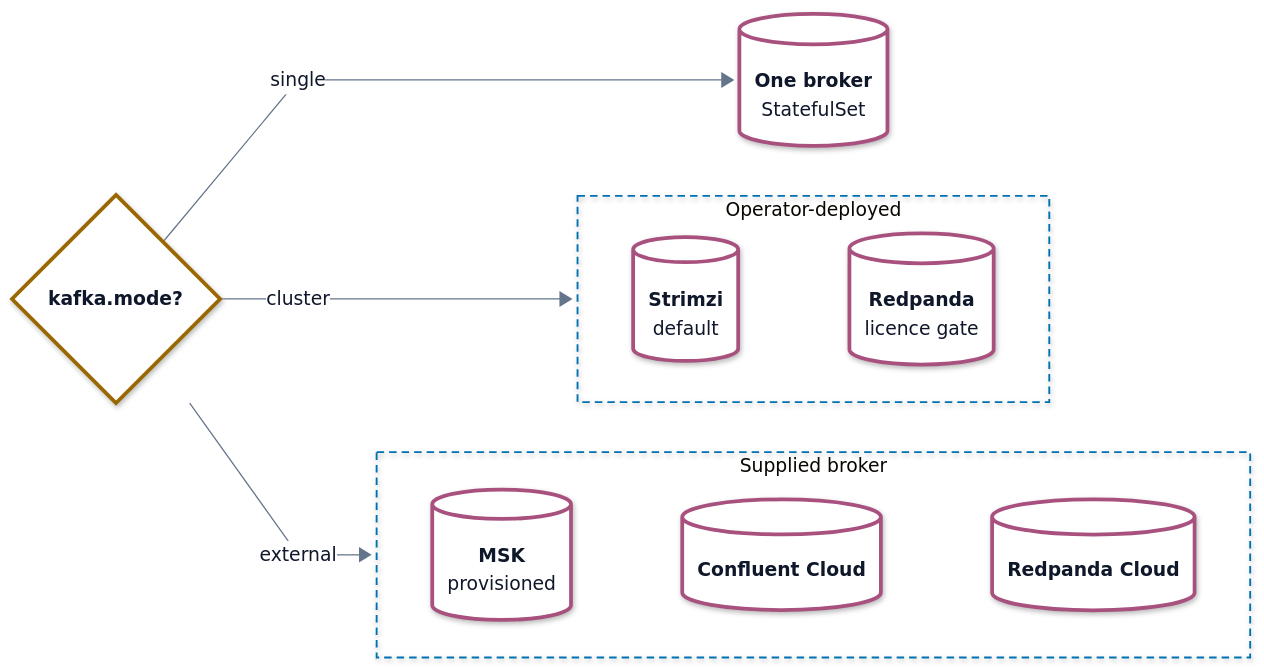
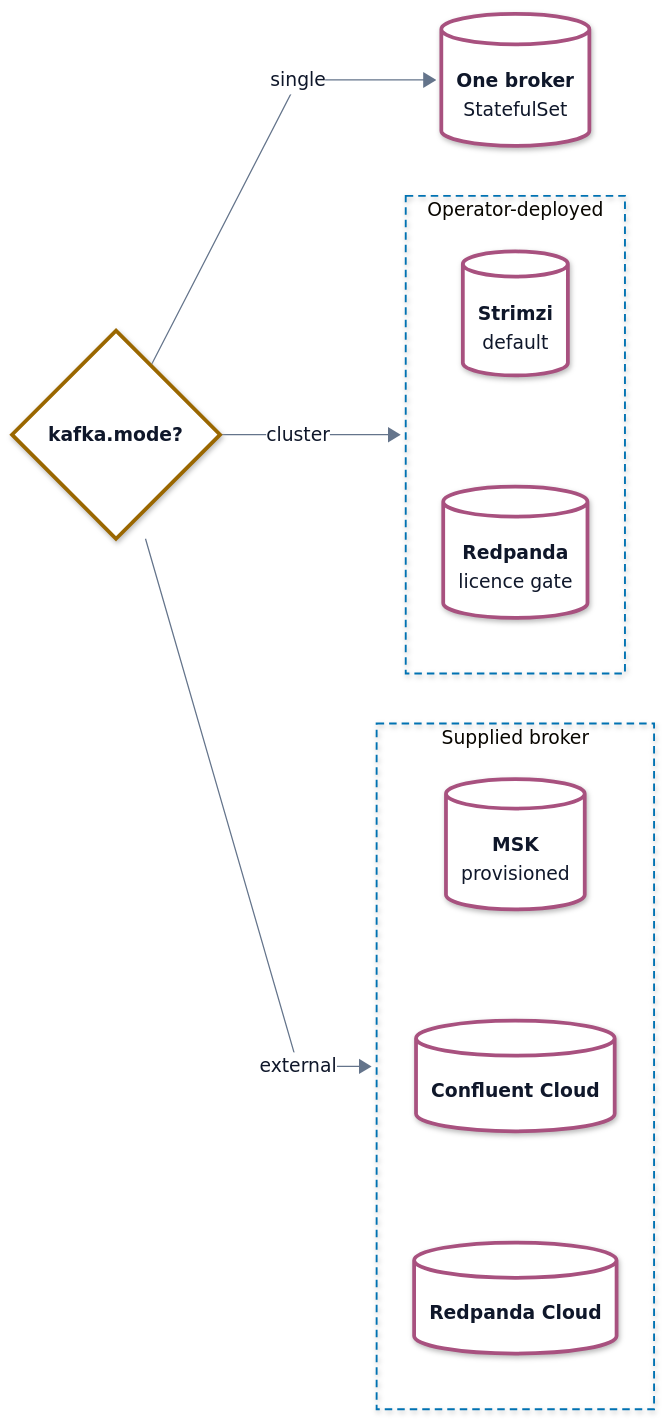
The diagram in docs/deployment/transports.md (hyperi-io/dfe-engine), drawn with Mermaid before and after one commit. The commit also changed other lines of this file and 32 other files, not shown here.

First line of the commit message:
docs(architecture): engine page to the standard, diagrams to 860 px (#1209)

````diff
--- a/docs/deployment/transports.md
+++ b/docs/deployment/transports.md
@@ -28,82 +27,82 @@
 ```mermaid
 ---
 config:
   theme: base
   look: neo
   fontFamily: Inter, -apple-system, Segoe UI, Roboto, Helvetica, Arial, sans-serif
   flowchart:
     curve: linear
     nodeSpacing: 40
     rankSpacing: 64
     padding: 18
     wrappingWidth: 280
     htmlLabels: true
   elk:
     preset: modelOrder
   themeVariables:
     fontSize: 15px
     lineColor: "#64748B"
     primaryTextColor: "#0F172A"
     clusterBorder: "#0072B2"
     edgeLabelBackground: "#FFFFFF"
   themeCSS: >-
     p{margin:0}
     .node[data-look] rect,.node[data-look] path,.node[data-look] polygon,.node[data-look] .outer-path{filter:drop-shadow(0 1px 2px rgba(15,23,42,.10)) drop-shadow(0 6px 14px rgba(15,23,42,.10))}
     .node rect{rx:10px;ry:10px}
     .cluster rect{rx:16px;ry:16px}
     .node .label div{min-width:150px}
     .node.decision .label div{min-width:0}
     .cluster[data-look] rect{filter:none}
     .nodeLabel{line-height:1.35}
     .nodeLabel b{font-weight:600;font-size:15px;letter-spacing:-0.01em}
     .nodeLabel span{font-size:12.5px;font-weight:400;color:#334155}
     .cluster-label span.nodeLabel{display:inline-block;background:#FFFFFF;color:#0B2A3F;border:1.5px solid #0072B2;border-radius:999px;padding:2px 12px;font-size:11.5px;font-weight:700;letter-spacing:.09em;text-transform:uppercase}
     .flowchart-link{stroke-width:1.75px}
     .labelBkg{background:transparent!important}
     span.edgeLabel{display:inline-block;background:#FFFFFF!important;color:#1E293B;border:1px solid #94A3B8;border-radius:999px;padding:2px 10px;font-size:12px;font-weight:500}
     span.edgeLabel p{background:transparent!important}
     .label-icon{width:20px;height:20px;vertical-align:-4px;margin-right:6px}
     .ingest .label-icon{color:#0E8A7D}
     .xform .label-icon{color:#7B4FB0}
     .load .label-icon{color:#0072B2}
     .bus .label-icon{color:#A8517F}
     .store .label-icon{color:#00785A}
     .ui .label-icon{color:#D9480F}
     .ext .label-icon{color:#64748B}
 ---
 flowchart LR
   accTitle: L4 Detail -- Broker choice
   accDescr: kafka.mode single runs one standalone broker. cluster deploys brokers through an operator, Strimzi by default or Redpanda behind its licence gate. external connects to a supplied broker, MSK provisioned, Confluent Cloud or Redpanda Cloud.
 
   mode{"<b>kafka.mode?</b>"}
   single[("<b>One broker</b><br/><span>StatefulSet</span>")]
 
   subgraph deployed["Operator-deployed"]
-    direction LR
+    direction TB
     strimzi[("<b>Strimzi</b><br/><span>default</span>")] ~~~ redpanda[("<b>Redpanda</b><br/><span>licence gate</span>")]
   end
 
   subgraph supplied["Supplied broker"]
-    direction LR
+    direction TB
     msk[("<b>MSK</b><br/><span>provisioned</span>")] ~~~ confluent[("<b>Confluent Cloud</b>")] ~~~ rpcloud[("<b>Redpanda Cloud</b>")]
   end
 
   mode -->|single| single
   mode -->|cluster| deployed
   mode -->|external| supplied
+  class single,strimzi,redpanda,msk,confluent,rpcloud bus
+  class mode decision
   classDef ext fill:#F4F6F8,stroke:#94A3B8,stroke-width:1.5px,stroke-dasharray:5 4,color:#0F172A
   classDef ingest fill:#FFFFFF,stroke:#0E8A7D,stroke-width:3px,color:#0F172A
   classDef xform fill:#FFFFFF,stroke:#7B4FB0,stroke-width:3px,color:#0F172A
   classDef load fill:#FFFFFF,stroke:#0072B2,stroke-width:3px,color:#0F172A
   classDef bus fill:#FFFFFF,stroke:#A8517F,stroke-width:3px,color:#0F172A
   classDef store fill:#FFFFFF,stroke:#00785A,stroke-width:3px,color:#0F172A
   classDef ui fill:#FFFFFF,stroke:#D9480F,stroke-width:3px,color:#0F172A
   classDef decision fill:#FFFFFF,stroke:#9A6700,stroke-width:3px,color:#0F172A
   classDef error fill:#FFFFFF,stroke:#C2410C,stroke-width:3px,color:#0F172A
   classDef control fill:#FFFFFF,stroke:#334155,stroke-width:3px,color:#0F172A
   classDef part fill:#FFFFFF,stroke:#94A3B8,stroke-width:1.5px,color:#0F172A
-  class single,strimzi,redpanda,msk,confluent,rpcloud bus
-  class mode decision
   style deployed fill:none,stroke:#0072B2,stroke-width:1.5px,stroke-dasharray:6 4
   style supplied fill:none,stroke:#0072B2,stroke-width:1.5px,stroke-dasharray:6 4
 ```
````
